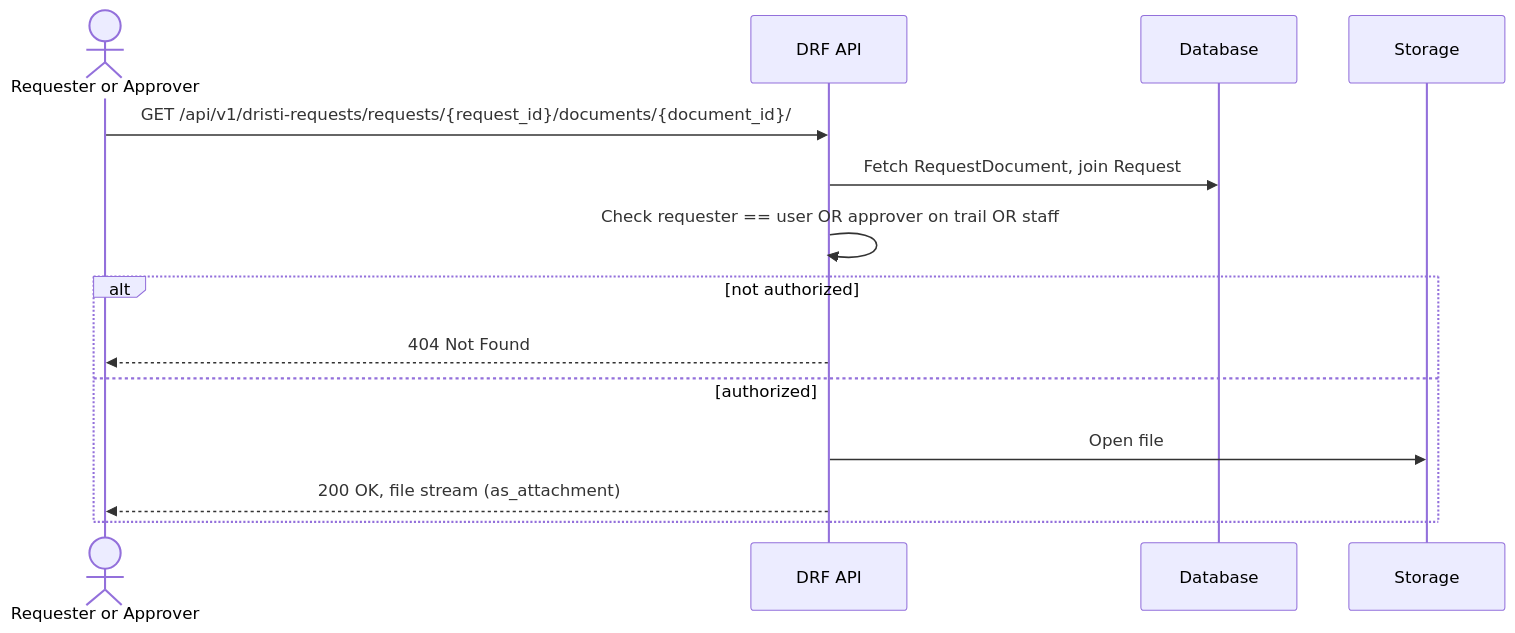
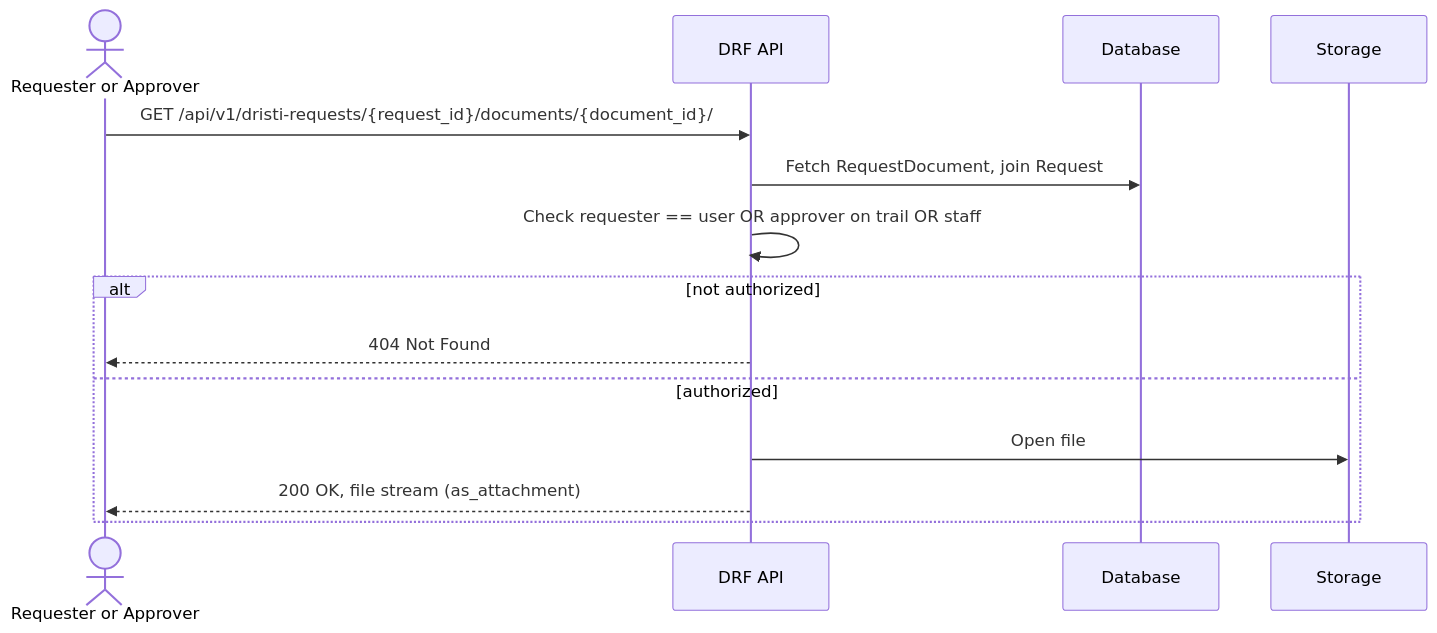
The eighth of 8 diagrams in spec/0010-simple-requests-flow.md (pucardotorg/dristi-be), drawn with Mermaid before and after one commit. The commit also changed other lines of this file and 4 other files, not shown here.

````diff
--- a/spec/0010-simple-requests-flow.md
+++ b/spec/0010-simple-requests-flow.md
@@ -387,17 +388,17 @@
 ```mermaid
 sequenceDiagram
     actor U as Requester or Approver
     participant API as DRF API
     participant DB as Database
     participant S as Storage
 
-    U->>API: GET /api/v1/dristi-requests/requests/{request_id}/documents/{document_id}/
+    U->>API: GET /api/v1/dristi-requests/{request_id}/documents/{document_id}/
     API->>DB: Fetch RequestDocument, join Request
     API->>API: Check requester == user OR approver on trail OR staff
     alt not authorized
         API-->>U: 404 Not Found
     else authorized
         API->>S: Open file
         API-->>U: 200 OK, file stream (as_attachment)
     end
 ```
````
